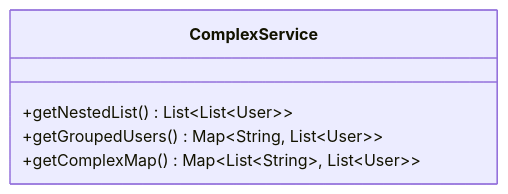
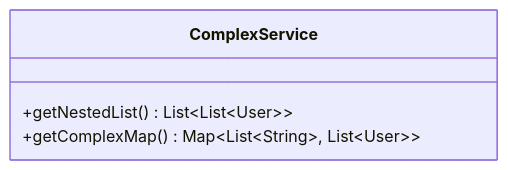
Before and after one commit to kbjorklid/claude-doctools-marketplace: diagram 19 of 21 in plugins/mermaid-diagrams/skills/mermaid/ADVANCED_CLASS_DIAGRAMS.md, drawn with Mermaid. The commit also changed other lines of this file, not shown here.

````diff
--- a/plugins/mermaid-diagrams/skills/mermaid/ADVANCED_CLASS_DIAGRAMS.md
+++ b/plugins/mermaid-diagrams/skills/mermaid/ADVANCED_CLASS_DIAGRAMS.md
@@ -360,9 +354,8 @@
 ```mermaid
 classDiagram
 class ComplexService {
     %% For nested generics, use HTML entities:
     +getNestedList() List&lt;List&lt;User&gt;&gt;
-    +getGroupedUsers() Map&lt;String, List&lt;User&gt;&gt;
     +getComplexMap() Map&lt;List&lt;String&gt;, List&lt;User&gt;&gt;
 }
 ```
````
